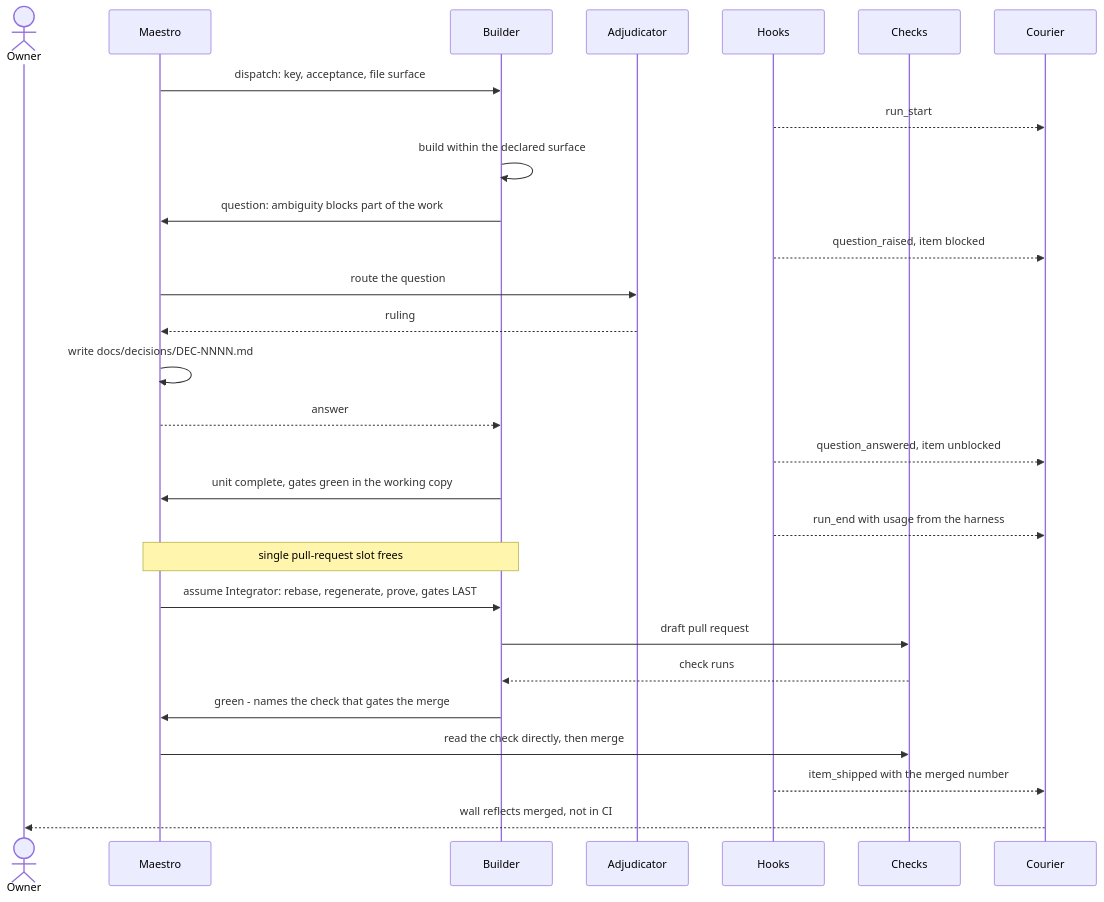
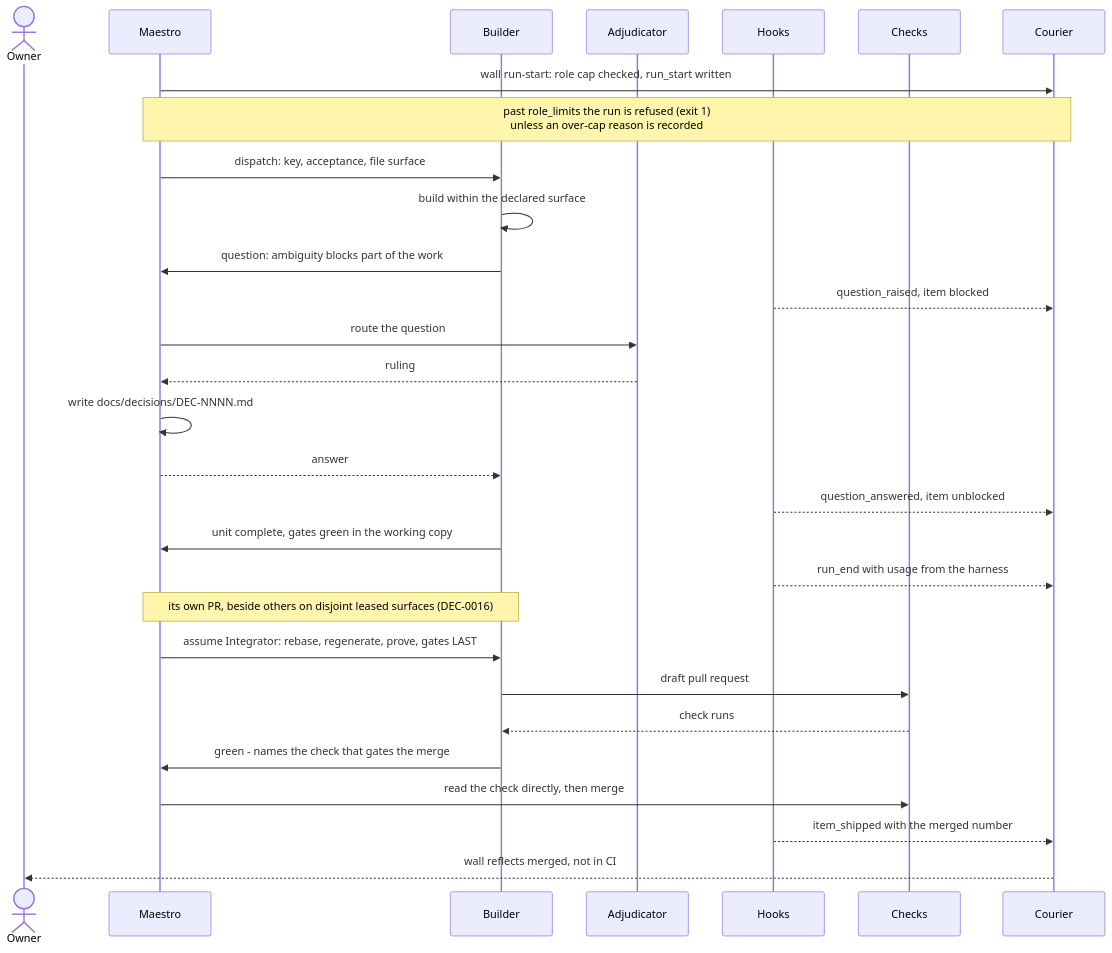
The second of 3 diagrams in docs/diagrams/ARCHITECTURE.md (newellnarco/EngTeam-Wallkit-BluePrint), drawn with Mermaid before and after one commit. The commit also changed other lines of this file and 98 other files, not shown here.

````diff
--- a/docs/diagrams/ARCHITECTURE.md
+++ b/docs/diagrams/ARCHITECTURE.md
@@ -112,32 +124,33 @@
 ```mermaid
 sequenceDiagram
     actor Owner
     participant M as Maestro
     participant B as Builder
     participant A as Adjudicator
     participant H as Hooks
     participant CI as Checks
     participant C as Courier
 
+    M->>C: wall run-start: role cap checked, run_start written
+    Note over M,C: past role_limits the run is refused (exit 1)<br/>unless an over-cap reason is recorded
     M->>B: dispatch: key, acceptance, file surface
-    H-->>C: run_start
     B->>B: build within the declared surface
     B->>M: question: ambiguity blocks part of the work
     H-->>C: question_raised, item blocked
     M->>A: route the question
     A-->>M: ruling
     M->>M: write docs/decisions/DEC-NNNN.md
     M-->>B: answer
     H-->>C: question_answered, item unblocked
     B->>M: unit complete, gates green in the working copy
     H-->>C: run_end with usage from the harness
 
-    Note over M,B: single pull-request slot frees
+    Note over M,B: its own PR, beside others on disjoint leased surfaces (DEC-0016)
     M->>B: assume Integrator: rebase, regenerate, prove, gates LAST
     B->>CI: draft pull request
     CI-->>B: check runs
     B->>M: green - names the check that gates the merge
     M->>CI: read the check directly, then merge
     H-->>C: item_shipped with the merged number
     C-->>Owner: wall reflects merged, not in CI
 ```
````
